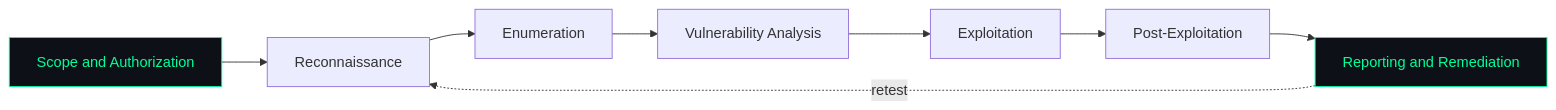
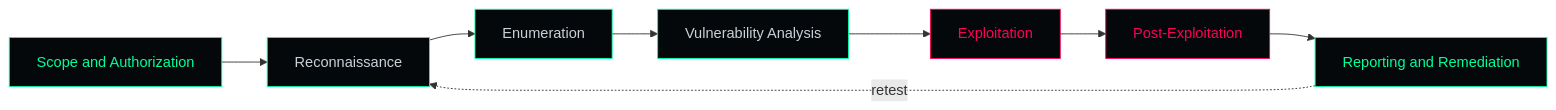
One commit to M4rkDev0101/MarcusRochaDeveloper changed the diagram in README.md. Above: the diagram before and after it, drawn with Mermaid. The commit also changed other lines of this file and 2 other files, not shown here.

````diff
--- a/README.md
+++ b/README.md
@@ -60,12 +59,17 @@
 ```mermaid
 flowchart LR
     A[Scope and Authorization] --> B[Reconnaissance]
     B --> C[Enumeration]
     C --> D[Vulnerability Analysis]
     D --> E[Exploitation]
     E --> F[Post-Exploitation]
     F --> G[Reporting and Remediation]
     G -.->|retest| B
-    style A fill:#0d1117,stroke:#00ff9c,color:#00ff9c
-    style G fill:#0d1117,stroke:#00ff9c,color:#00ff9c
+    style A fill:#05080a,stroke:#00ff9c,color:#00ff9c
+    style B fill:#05080a,stroke:#00ff9c,color:#c9d1d9
+    style C fill:#05080a,stroke:#00ff9c,color:#c9d1d9
+    style D fill:#05080a,stroke:#00ff9c,color:#c9d1d9
+    style E fill:#05080a,stroke:#ff0055,color:#ff0055
+    style F fill:#05080a,stroke:#ff0055,color:#ff0055
+    style G fill:#05080a,stroke:#00ff9c,color:#00ff9c
 ```
````
